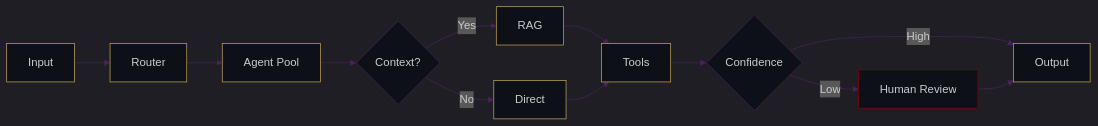
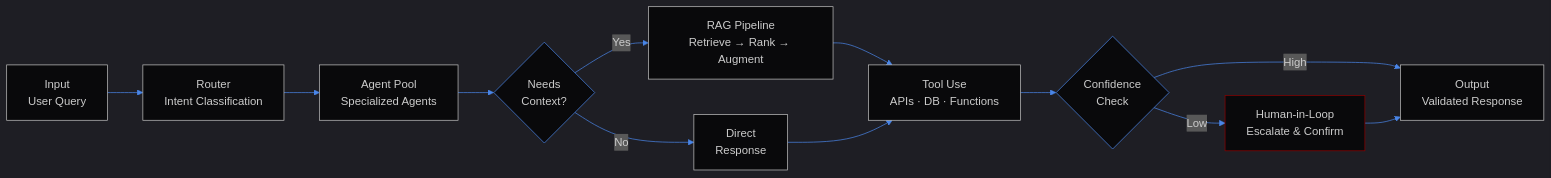
The second of 2 diagrams in README.md (frenemy17/frenemy17), drawn with Mermaid before and after one commit. The commit also changed other lines of this file, not shown here.

````diff
--- a/README.md
+++ b/README.md
@@ -98,26 +204,26 @@
 ```mermaid
-%%{init: {'theme': 'dark', 'themeVariables': { 'primaryColor': '#C5A55A', 'primaryTextColor': '#e0d5c1', 'primaryBorderColor': '#4A235A', 'lineColor': '#4A235A', 'secondaryColor': '#1a1a2e', 'tertiaryColor': '#0d1117'}}}%%
+%%{init: {'theme': 'dark', 'themeVariables': { 'primaryColor': '#C0C0C0', 'primaryTextColor': '#09090b', 'primaryBorderColor': '#4a86e8', 'lineColor': '#4a86e8', 'secondaryColor': '#1f1f2e', 'tertiaryColor': '#09090b'}}}%%
 flowchart LR
-    A["Input"] --> B["Router"]
-    B --> C["Agent Pool"]
-    C --> D{"Context?"}
-    D -->|Yes| E["RAG"]
-    D -->|No| F["Direct"]
-    E --> G["Tools"]
+    A["Input<br/>User Query"] --> B["Router<br/>Intent Classification"]
+    B --> C["Agent Pool<br/>Specialized Agents"]
+    C --> D{"Needs<br/>Context?"}
+    D -->|Yes| E["RAG Pipeline<br/>Retrieve → Rank → Augment"]
+    D -->|No| F["Direct<br/>Response"]
+    E --> G["Tool Use<br/>APIs · DB · Functions"]
     F --> G
-    G --> H{"Confidence"}
-    H -->|Low| I["Human Review"]
-    H -->|High| J["Output"]
+    G --> H{"Confidence<br/>Check"}
+    H -->|Low| I["Human-in-Loop<br/>Escalate & Confirm"]
+    H -->|High| J["Output<br/>Validated Response"]
     I --> J
 
-    style A fill:#0d1117,stroke:#C5A55A
-    style B fill:#0d1117,stroke:#C5A55A
-    style C fill:#0d1117,stroke:#C5A55A
-    style D fill:#0d1117,stroke:#4A235A
-    style E fill:#0d1117,stroke:#C5A55A
-    style F fill:#0d1117,stroke:#C5A55A
-    style G fill:#0d1117,stroke:#C5A55A
-    style H fill:#0d1117,stroke:#4A235A
-    style I fill:#0d1117,stroke:#8B0000
-    style J fill:#0d1117,stroke:#C5A55A
+    style A fill:#09090b,stroke:#C0C0C0
+    style B fill:#09090b,stroke:#C0C0C0
+    style C fill:#09090b,stroke:#C0C0C0
+    style D fill:#09090b,stroke:#4a86e8
+    style E fill:#09090b,stroke:#C0C0C0
+    style F fill:#09090b,stroke:#C0C0C0
+    style G fill:#09090b,stroke:#C0C0C0
+    style H fill:#09090b,stroke:#4a86e8
+    style I fill:#09090b,stroke:#8B0000
+    style J fill:#09090b,stroke:#C0C0C0
 ```
````
